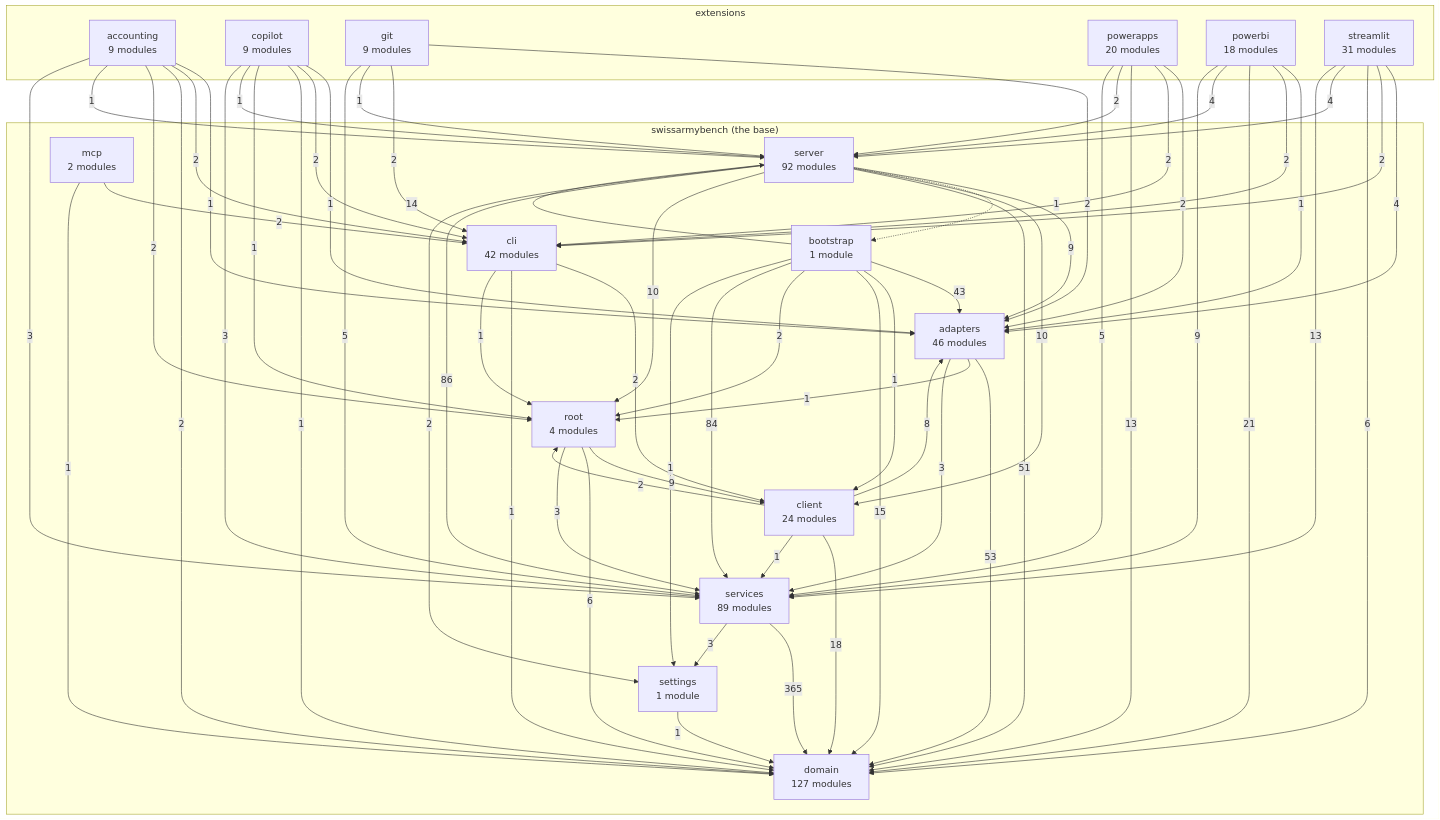
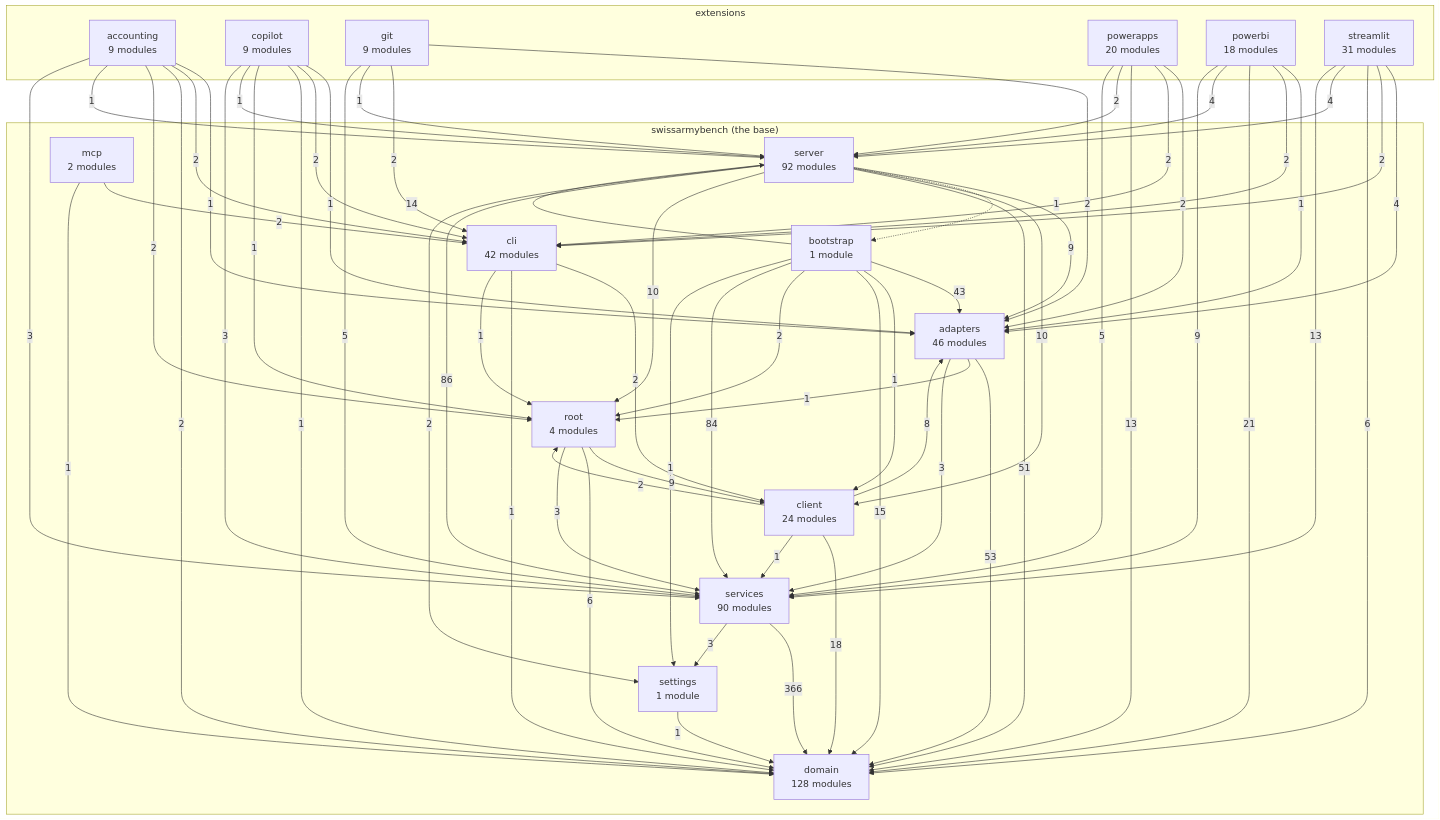
The diagram in docs/architecture-map.md (DylanCodyBrown/SwissArmyBench), drawn with Mermaid before and after one commit. The commit also changed other lines of this file and 12 other files, not shown here.

````diff
--- a/docs/architecture-map.md
+++ b/docs/architecture-map.md
@@ -17,9 +17,9 @@
 ```mermaid
 flowchart TB
     subgraph base["swissarmybench (the base)"]
-        domain["domain<br/>127 modules"]
+        domain["domain<br/>128 modules"]
         settings["settings<br/>1 module"]
-        services["services<br/>89 modules"]
+        services["services<br/>90 modules"]
         adapters["adapters<br/>46 modules"]
         cli["cli<br/>42 modules"]
         client["client<br/>24 modules"]
@@ -96,7 +96,7 @@
     server -->|10| root
     server -->|86| services
     server -->|2| settings
-    services -->|365| domain
+    services -->|366| domain
     services -->|3| settings
     settings -->|1| domain
 ```
````
